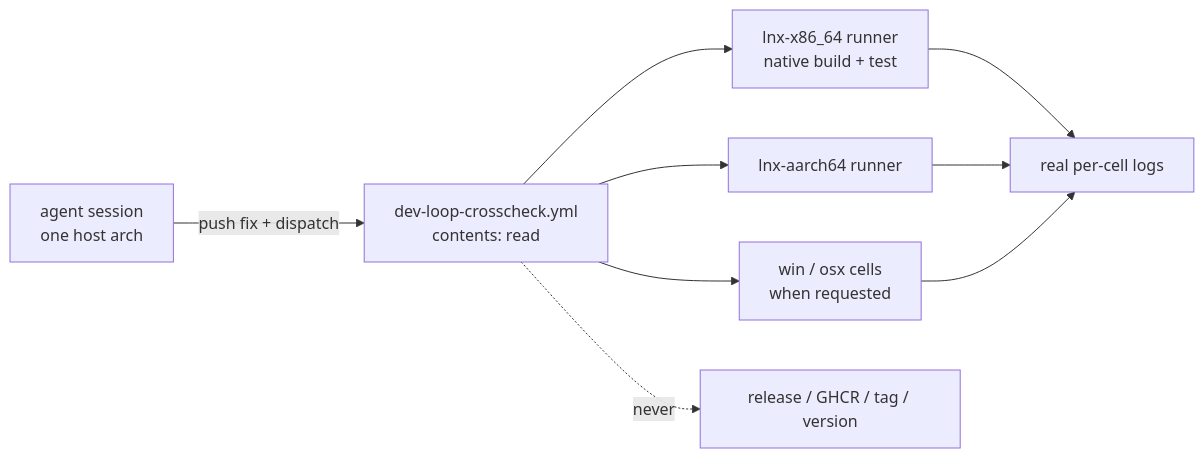
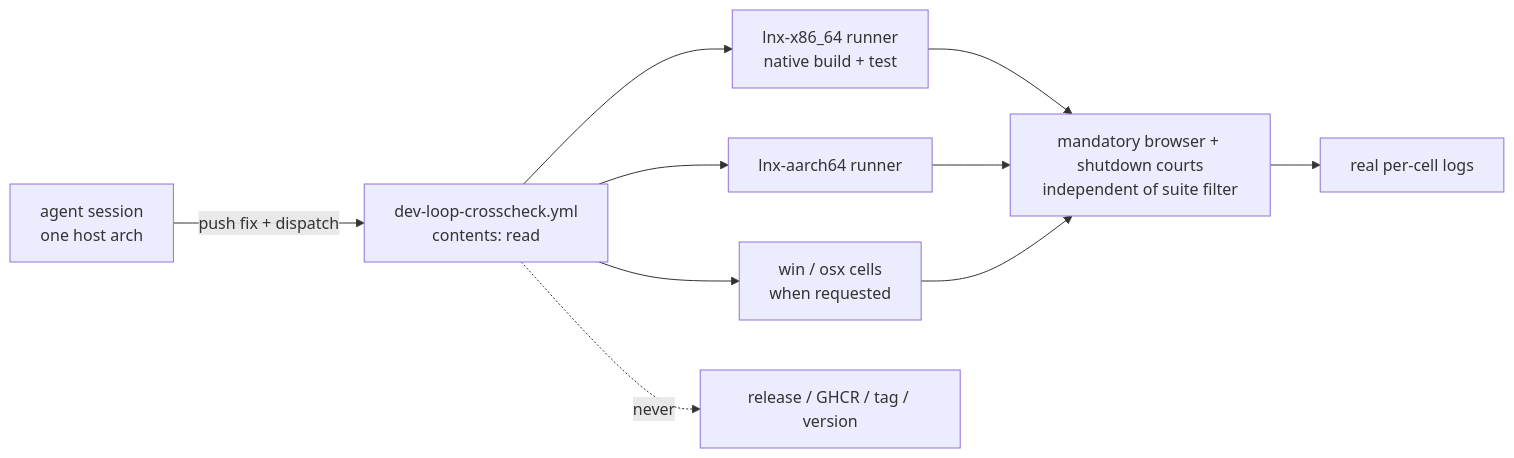
One commit to partnernetsoftware/minicon changed the diagram in prd/PRD_02_32_dev_loop_crosscheck.md. Above: the diagram before and after it, drawn with Mermaid. The commit also changed other lines of this file and 3 other files, not shown here.

Commit message:
Record six-cell browser and shutdown qualification scope

````diff
--- a/prd/PRD_02_32_dev_loop_crosscheck.md
+++ b/prd/PRD_02_32_dev_loop_crosscheck.md
@@ -27,10 +27,10 @@
 ```mermaid
 flowchart LR
     A["agent session<br/>one host arch"] -->|push fix + dispatch| W["dev-loop-crosscheck.yml<br/>contents: read"]
     W --> C1["lnx-x86_64 runner<br/>native build + test"]
     W --> C2["lnx-aarch64 runner"]
     W --> C3["win / osx cells<br/>when requested"]
-    C1 --> L["real per-cell logs"]
-    C2 & C3 --> L
+    C1 & C2 & C3 --> M["mandatory browser + shutdown courts<br/>independent of suite filter"]
+    M --> L["real per-cell logs"]
     W -. never .-> R["release / GHCR / tag / version"]
 ```
````
